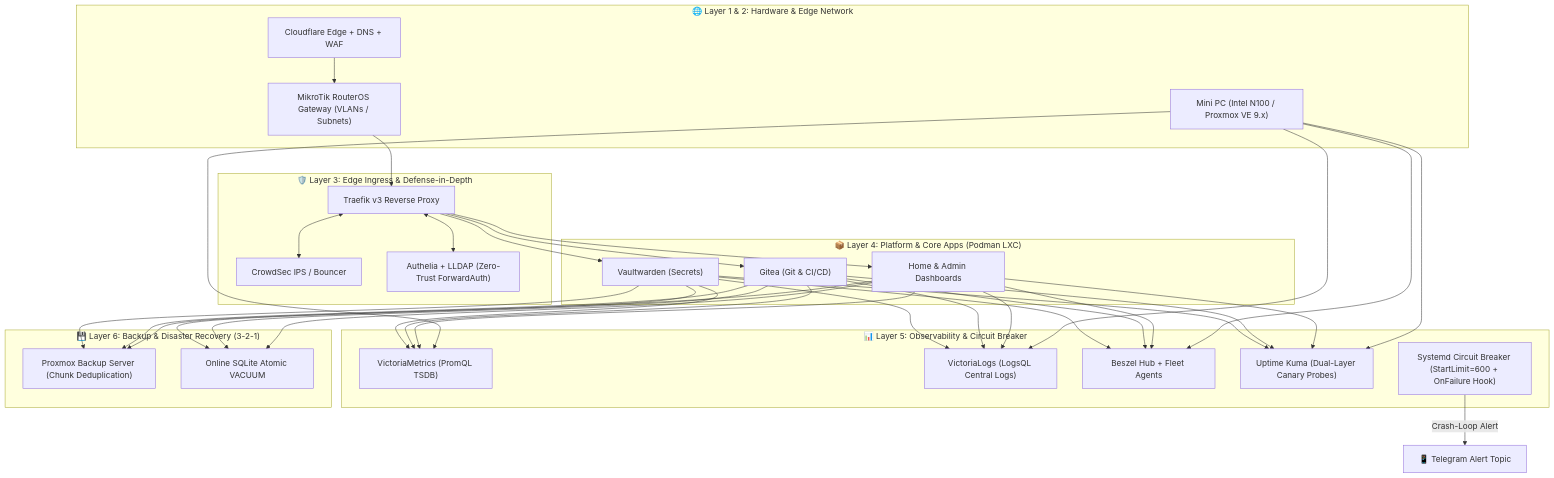
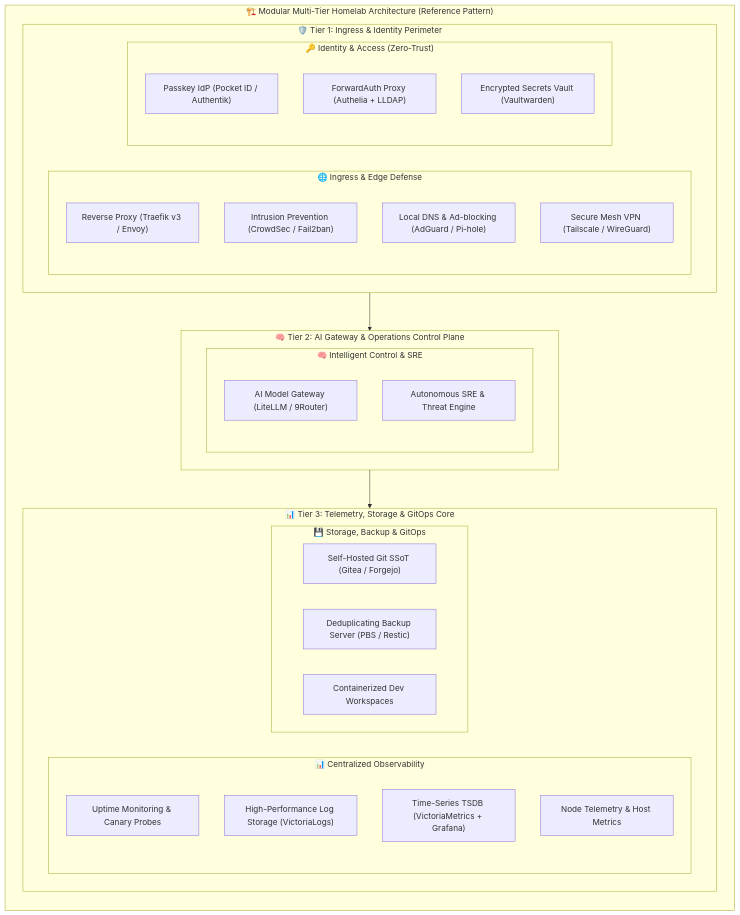
Before and after one commit to tamld/IaC: the first of 4 diagrams in README.md, drawn with Mermaid. The commit also changed other lines of this file, not shown here.

Commit message:
docs: decouple monolithic architecture into 4 clean, generic reference diagrams

````diff
--- a/README.md
+++ b/README.md
@@ -35,41 +37,46 @@
 ```mermaid
 flowchart TD
-    subgraph L1_L2["🌐 Layer 1 & 2: Hardware & Edge Network"]
-        HW["Mini PC (Intel N100 / Proxmox VE 9.x)"]
-        Router["MikroTik RouterOS Gateway (VLANs / Subnets)"]
-        CF["Cloudflare Edge + DNS + WAF"]
+    subgraph Homelab_Blueprint ["🏗️ Modular Multi-Tier Homelab Architecture (Reference Pattern)"]
+        direction TB
+
+        subgraph Tier_1 ["🛡️ Tier 1: Ingress & Identity Perimeter"]
+            subgraph Group_Ingress ["🌐 Ingress & Edge Defense"]
+                Ingress["Reverse Proxy (Traefik v3 / Envoy)"]
+                IPS["Intrusion Prevention (CrowdSec / Fail2ban)"]
+                DNS["Local DNS & Ad-blocking (AdGuard / Pi-hole)"]
+                VPN["Secure Mesh VPN (Tailscale / WireGuard)"]
+            end
+
+            subgraph Group_IAM ["🔑 Identity & Access (Zero-Trust)"]
+                PasskeyIdP["Passkey IdP (Pocket ID / Authentik)"]
+                ForwardAuth["ForwardAuth Proxy (Authelia + LLDAP)"]
+                Vault["Encrypted Secrets Vault (Vaultwarden)"]
+            end
+        end
+
+        subgraph Tier_2 ["🧠 Tier 2: AI Gateway & Operations Control Plane"]
+            subgraph Group_Control ["🧠 Intelligent Control & SRE"]
+                AIGateway["AI Model Gateway (LiteLLM / 9Router)"]
+                SREButler["Autonomous SRE & Threat Engine"]
+            end
+        end
+
+        subgraph Tier_3 ["📊 Tier 3: Telemetry, Storage & GitOps Core"]
+            subgraph Group_Observability ["📊 Centralized Observability"]
+                Canary["Uptime Monitoring & Canary Probes"]
+                LogEngine["High-Performance Log Storage (VictoriaLogs)"]
+                Metrics["Time-Series TSDB (VictoriaMetrics + Grafana)"]
+                Telemetry["Node Telemetry & Host Metrics"]
+            end
+
+            subgraph Group_Storage ["💾 Storage, Backup & GitOps"]
+                GitOps["Self-Hosted Git SSoT (Gitea / Forgejo)"]
+                BackupServer["Deduplicating Backup Server (PBS / Restic)"]
+                DevWorkspace["Containerized Dev Workspaces"]
+            end
+        end
+
+        %% HIERARCHICAL TIER FLOW
+        Tier_1 --> Tier_2 --> Tier_3
     end
-
-    subgraph L3["🛡️ Layer 3: Edge Ingress & Defense-in-Depth"]
-        Traefik["Traefik v3 Reverse Proxy"]
-        CrowdSec["CrowdSec IPS / Bouncer"]
-        Authelia["Authelia + LLDAP (Zero-Trust ForwardAuth)"]
-    end
-
-    subgraph L4["📦 Layer 4: Platform & Core Apps (Podman LXC)"]
-        Vault["Vaultwarden (Secrets)"]
-        Git["Gitea (Git & CI/CD)"]
-        Apps["Home & Admin Dashboards"]
-    end
-
-    subgraph L5["📊 Layer 5: Observability & Circuit Breaker"]
-        VM["VictoriaMetrics (PromQL TSDB)"]
-        VL["VictoriaLogs (LogsQL Central Logs)"]
-        Beszel["Beszel Hub + Fleet Agents"]
-        Kuma["Uptime Kuma (Dual-Layer Canary Probes)"]
-        CB["Systemd Circuit Breaker (StartLimit=600 + OnFailure Hook)"]
-    end
-
-    subgraph L6["💾 Layer 6: Backup & Disaster Recovery (3-2-1)"]
-        PBS["Proxmox Backup Server (Chunk Deduplication)"]
-        SQLiteBackup["Online SQLite Atomic VACUUM"]
-    end
-
-    CF --> Router --> Traefik
-    Traefik <--> CrowdSec
-    Traefik <--> Authelia
-    Traefik --> Vault & Git & Apps
-    Vault & Git & Apps & HW --> Beszel & VM & VL & Kuma
-    CB -->|Crash-Loop Alert| Telegram["📱 Telegram Alert Topic"]
-    Vault & Git & Apps --> PBS & SQLiteBackup
 ```
````
